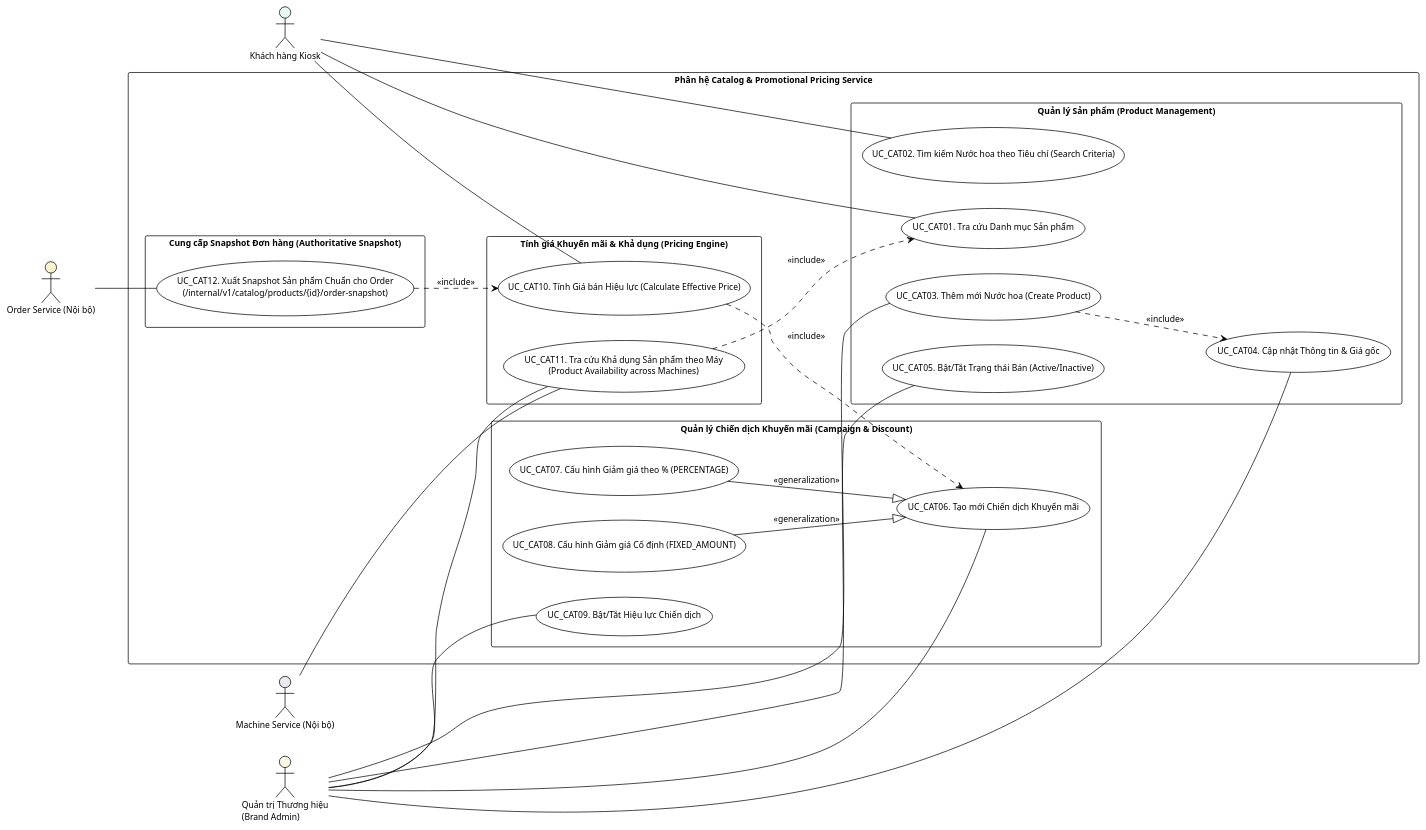
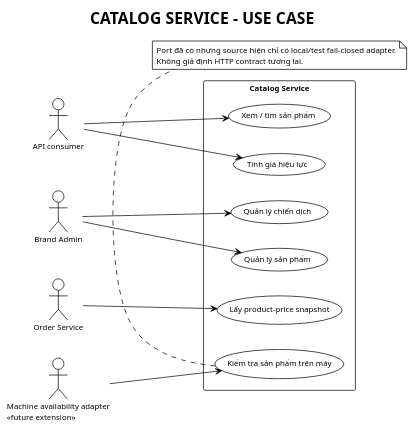
The diagram in architecture/catalog-service/use-case.puml (phuoc523/reportDevelopingOOPsoftware), drawn with PlantUML before and after one commit. The commit also changed 53 other files, not shown here.

```diff
--- a/architecture/catalog-service/use-case.puml
+++ b/architecture/catalog-service/use-case.puml
@@ -1,64 +1,36 @@
 @startuml catalog-use-case
 !theme plain
 left to right direction
 skinparam packageStyle rectangle
 skinparam defaultFontName Arial
-skinparam defaultFontSize 12
+skinparam defaultFontSize 11
 
-actor "Khách hàng Kiosk" as Customer #E8F8F5
-actor "Quản trị Thương hiệu\n(Brand Admin)" as BrandAdmin #FEF9E7
-actor "Order Service (Nội bộ)" as OrderSvc #FCF3CF
-actor "Machine Service (Nội bộ)" as MachineSvc #E8EAED
+title CATALOG SERVICE - USE CASE
 
-rectangle "Phân hệ Catalog & Promotional Pricing Service" {
+actor "API consumer" as Consumer
+actor "Brand Admin" as Admin
+actor "Order Service" as Order
+actor "Machine availability adapter\n<<future extension>>" as MachineAdapter
 
-    package "Quản lý Sản phẩm (Product Management)" {
-        usecase "UC_CAT01. Tra cứu Danh mục Sản phẩm" as UC_BrowseCatalog
-        usecase "UC_CAT02. Tìm kiếm Nước hoa theo Tiêu chí (Search Criteria)" as UC_SearchProduct
-        usecase "UC_CAT03. Thêm mới Nước hoa (Create Product)" as UC_CreateProduct
-        usecase "UC_CAT04. Cập nhật Thông tin & Giá gốc" as UC_UpdateProduct
-        usecase "UC_CAT05. Bật/Tắt Trạng thái Bán (Active/Inactive)" as UC_ToggleProduct
-    }
-
-    package "Quản lý Chiến dịch Khuyến mãi (Campaign & Discount)" {
-        usecase "UC_CAT06. Tạo mới Chiến dịch Khuyến mãi" as UC_CreateCampaign
-        usecase "UC_CAT07. Cấu hình Giảm giá theo % (PERCENTAGE)" as UC_DiscountPercent
-        usecase "UC_CAT08. Cấu hình Giảm giá Cố định (FIXED_AMOUNT)" as UC_DiscountFixed
-        usecase "UC_CAT09. Bật/Tắt Hiệu lực Chiến dịch" as UC_ToggleCampaign
-    }
-
-    package "Tính giá Khuyến mãi & Khả dụng (Pricing Engine)" {
-        usecase "UC_CAT10. Tính Giá bán Hiệu lực (Calculate Effective Price)" as UC_CalcPrice
-        usecase "UC_CAT11. Tra cứu Khả dụng Sản phẩm theo Máy\n(Product Availability across Machines)" as UC_ProductMachineAvail
-    }
-
-    package "Cung cấp Snapshot Đơn hàng (Authoritative Snapshot)" {
-        usecase "UC_CAT12. Xuất Snapshot Sản phẩm Chuẩn cho Order\n(/internal/v1/catalog/products/{id}/order-snapshot)" as UC_ExportSnapshot
-    }
+rectangle "Catalog Service" {
+  usecase "Xem / tìm sản phẩm" as Browse
+  usecase "Quản lý sản phẩm" as Product
+  usecase "Quản lý chiến dịch" as Campaign
+  usecase "Tính giá hiệu lực" as Pricing
+  usecase "Lấy product-price snapshot" as Snapshot
+  usecase "Kiểm tra sản phẩm trên máy" as Availability
 }
 
-' Liên kết Actor
-Customer -- UC_BrowseCatalog
-Customer -- UC_SearchProduct
-Customer -- UC_CalcPrice
+Consumer --> Browse
+Consumer --> Pricing
+Admin --> Product
+Admin --> Campaign
+Order --> Snapshot
+MachineAdapter --> Availability
 
-BrandAdmin -- UC_CreateProduct
-BrandAdmin -- UC_UpdateProduct
-BrandAdmin -- UC_ToggleProduct
-BrandAdmin -- UC_CreateCampaign
-BrandAdmin -- UC_ToggleCampaign
-BrandAdmin -- UC_ProductMachineAvail
-
-OrderSvc -- UC_ExportSnapshot
-MachineSvc -- UC_ProductMachineAvail
-
-' Quan hệ Include / Extend / Generalization
-UC_CreateProduct ..> UC_UpdateProduct : <<include>>
-UC_DiscountPercent --|> UC_CreateCampaign : <<generalization>>
-UC_DiscountFixed --|> UC_CreateCampaign : <<generalization>>
-
-UC_CalcPrice ..> UC_CreateCampaign : <<include>>
-UC_ExportSnapshot ..> UC_CalcPrice : <<include>>
-UC_ProductMachineAvail ..> UC_BrowseCatalog : <<include>>
+note bottom of Availability
+  Port đã có nhưng source hiện chỉ có local/test fail-closed adapter.
+  Không giả định HTTP contract tương lai.
+end note
 
 @enduml
```
